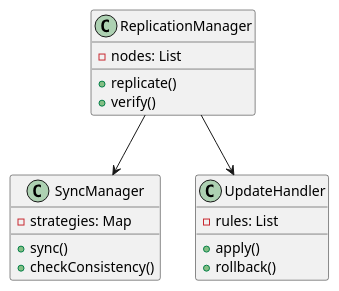
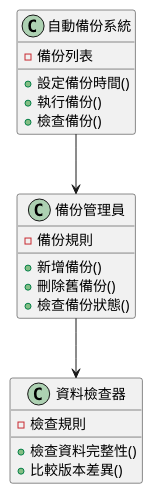
Before and after one commit to fine5351/info-sync: the second of 3 diagrams in doc/learning/architecture/availability_replication_tutorial.md, drawn with PlantUML. The commit also changed other lines of this file and 35 other files, not shown here.

````diff
--- a/doc/learning/architecture/availability_replication_tutorial.md
+++ b/doc/learning/architecture/availability_replication_tutorial.md
@@ -211,24 +129,26 @@
 ```plantuml
 @startuml
-class ReplicationManager {
-    - nodes: List
-    + replicate()
-    + verify()
+class 自動備份系統 {
+    - 備份列表
+    + 設定備份時間()
+    + 執行備份()
+    + 檢查備份()
 }
 
-class SyncManager {
-    - strategies: Map
-    + sync()
-    + checkConsistency()
+class 備份管理員 {
+    - 備份規則
+    + 新增備份()
+    + 刪除舊備份()
+    + 檢查備份狀態()
 }
 
-class UpdateHandler {
-    - rules: List
-    + apply()
-    + rollback()
+class 資料檢查器 {
+    - 檢查規則
+    + 檢查資料完整性()
+    + 比較版本差異()
 }
 
-ReplicationManager --> SyncManager
-ReplicationManager --> UpdateHandler
+自動備份系統 --> 備份管理員
+備份管理員 --> 資料檢查器
 @enduml
 ```
````
